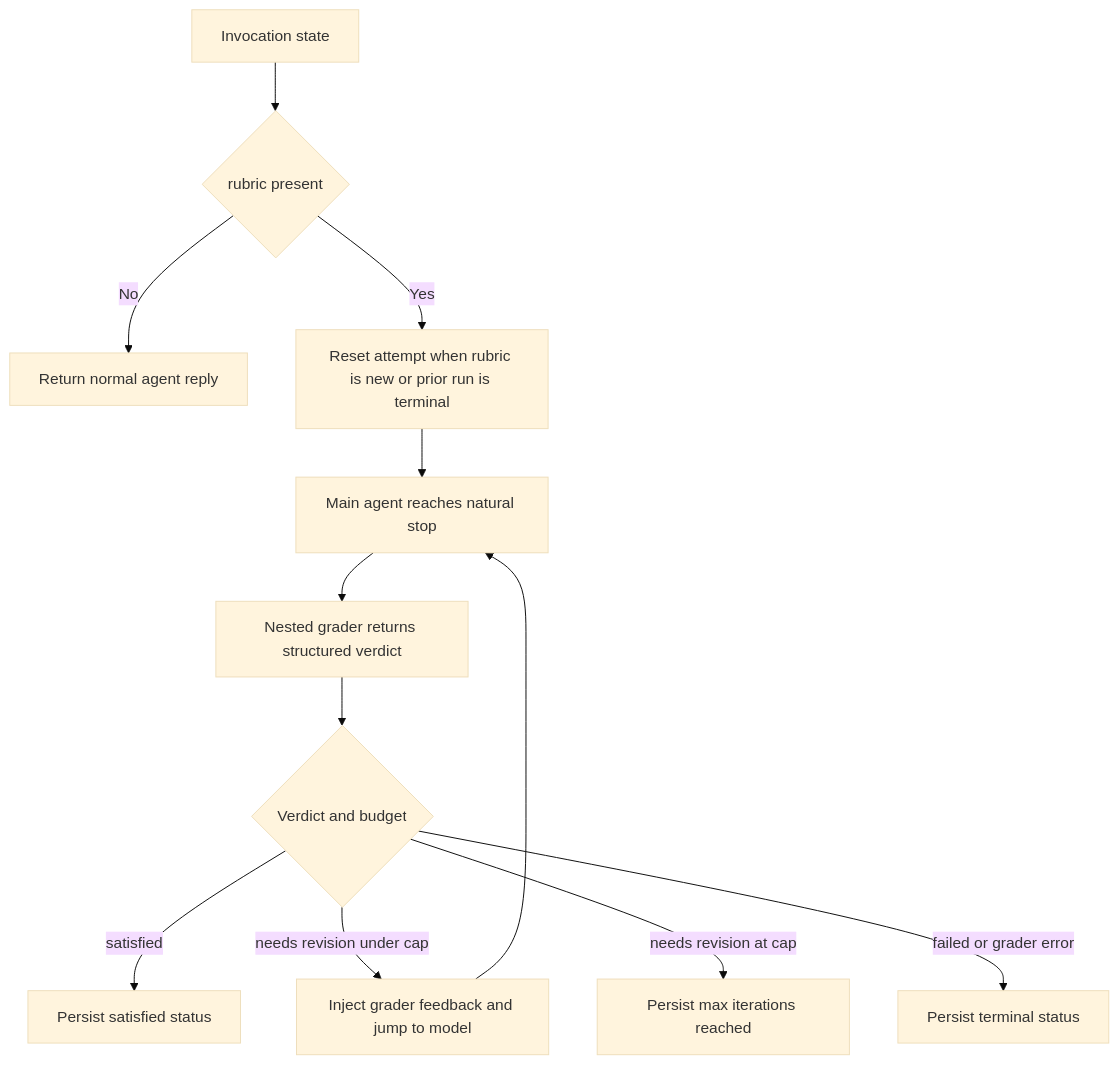
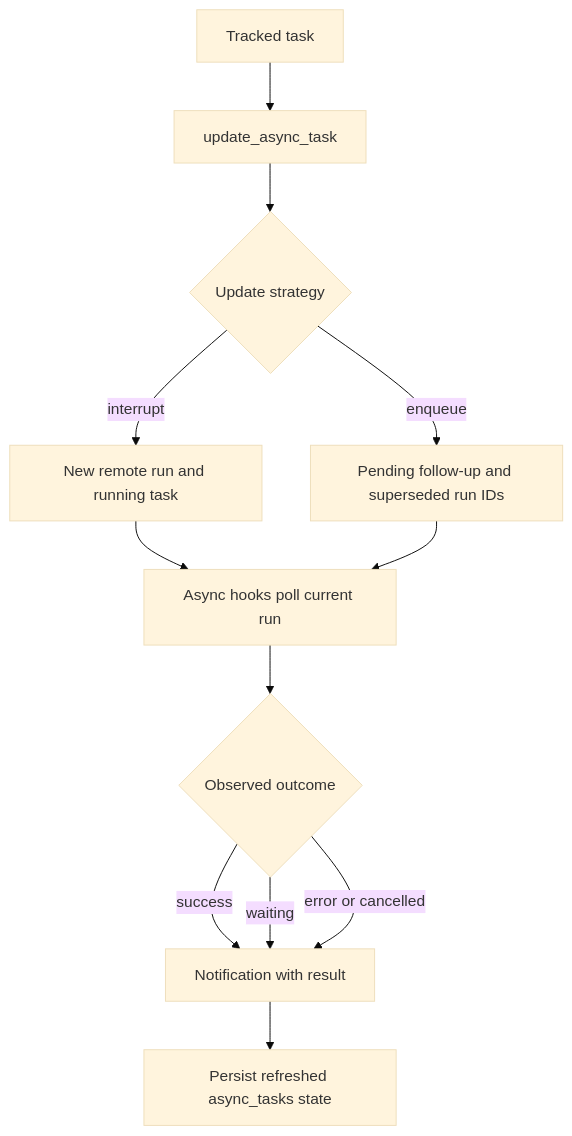
One commit to langchain-ai/deepagents changed the second of 2 diagrams in openwiki/testing/testing-guide.md. Above: the diagram before and after it, drawn with Mermaid (base theme). The commit also changed other lines of this file and 33 other files, not shown here.

````diff
--- a/openwiki/testing/testing-guide.md
+++ b/openwiki/testing/testing-guide.md
@@ -81,14 +119,14 @@
 ```mermaid
 flowchart TD
-    Invoke["Invocation state"] --> HasRubric{"rubric present"}
-    HasRubric -->|No| Reply["Return normal agent reply"]
-    HasRubric -->|Yes| Reset["Reset attempt when rubric is new or prior run is terminal"]
-    Reset --> Agent["Main agent reaches natural stop"]
-    Agent --> Grade["Nested grader returns structured verdict"]
-    Grade --> Verdict{"Verdict and budget"}
-    Verdict -->|satisfied| Done["Persist satisfied status"]
-    Verdict -->|needs revision under cap| Feedback["Inject grader feedback and jump to model"]
-    Feedback --> Agent
-    Verdict -->|needs revision at cap| Capped["Persist max iterations reached"]
-    Verdict -->|failed or grader error| Terminal["Persist terminal status"]
+    Existing["Tracked task"] --> Update["update_async_task"]
+    Update --> Strategy{"Update strategy"}
+    Strategy -->|interrupt| NewRun["New remote run and running task"]
+    Strategy -->|enqueue| Queued["Pending follow-up and superseded run IDs"]
+    NewRun --> Poll["Async hooks poll current run"]
+    Queued --> Poll
+    Poll --> Outcome{"Observed outcome"}
+    Outcome -->|success| Notice["Notification with result"]
+    Outcome -->|waiting| Notice
+    Outcome -->|error or cancelled| Notice
+    Notice --> State["Persist refreshed async_tasks state"]
 ```
````
